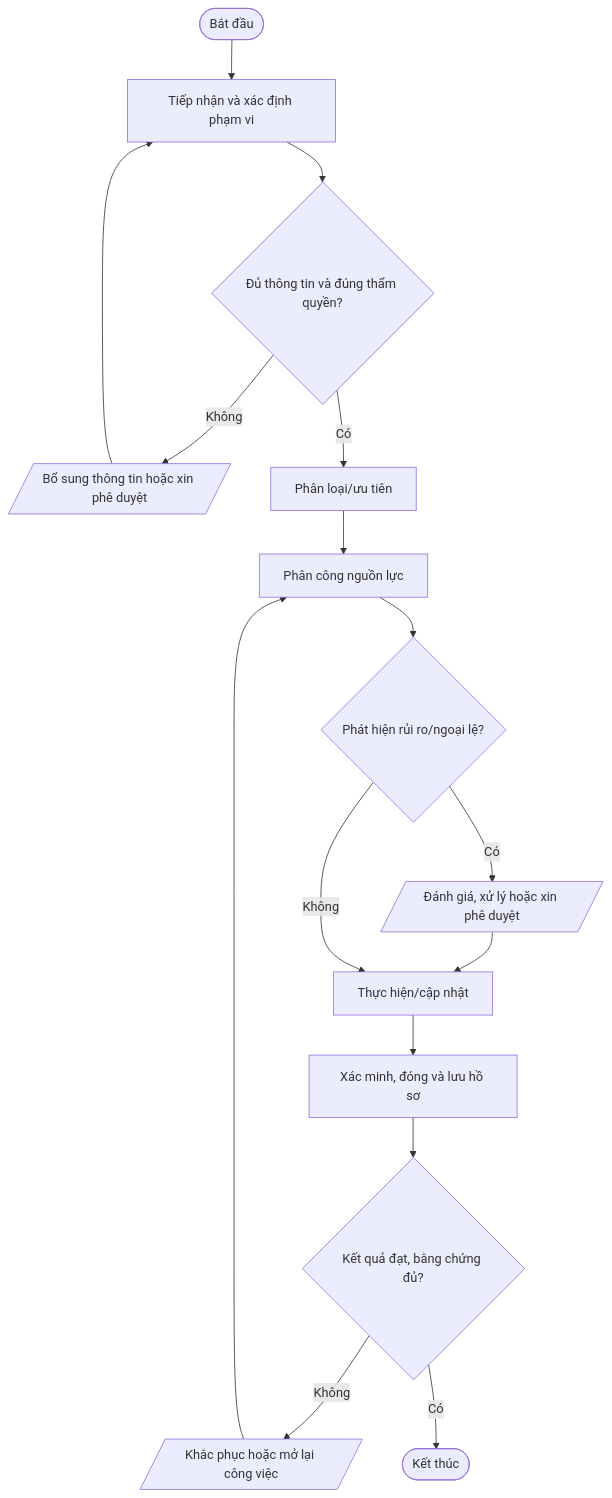
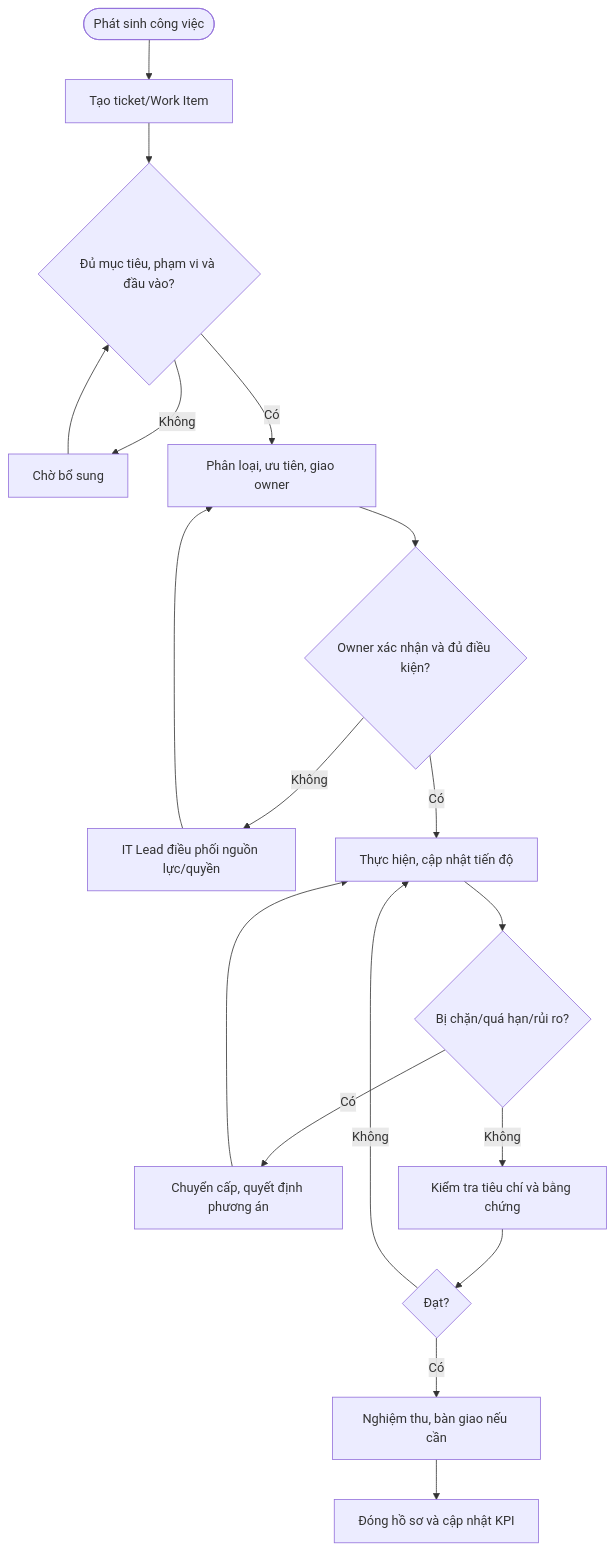
Before and after one commit to daoaigiangnam/Quy_Trinh_Chuan: the diagram in quy-trinh/chi-tiet/QT-IT-09.md, drawn with Mermaid. The commit also changed other lines of this file, not shown here.

Commit message:
Cập nhật nội dung chi tiết QT-IT-09.md lên main

````diff
--- a/quy-trinh/chi-tiet/QT-IT-09.md
+++ b/quy-trinh/chi-tiet/QT-IT-09.md
@@ -31,18 +138,20 @@
 ```mermaid
 flowchart TD
-  A([Bắt đầu]) --> S1["Tiếp nhận và xác định phạm vi"]
-  S1 --> D1{"Đủ thông tin và đúng thẩm quyền?"}
-  D1 -- Không --> F1[/"Bổ sung thông tin hoặc xin phê duyệt"/]
-  F1 --> S1
-  D1 -- Có --> S2["Phân loại/ưu tiên"]
-  S2 --> S3["Phân công nguồn lực"]
-  S3 --> D2{"Phát hiện rủi ro/ngoại lệ?"}
-  D2 -- Có --> RISK[/"Đánh giá, xử lý hoặc xin phê duyệt"/]
-  RISK --> S4["Thực hiện/cập nhật"]
-  D2 -- Không --> S4
-  S4 --> S5["Xác minh, đóng và lưu hồ sơ"]
-  S5 --> D3{"Kết quả đạt, bằng chứng đủ?"}
-  D3 -- Không --> R[/"Khắc phục hoặc mở lại công việc"/]
-  R --> S3
-  D3 -- Có --> Z([Kết thúc])
+ A([Phát sinh công việc]) --> B[Tạo ticket/Work Item]
+ B --> C{Đủ mục tiêu, phạm vi và đầu vào?}
+ C -- Không --> D[Chờ bổ sung]
+ D --> C
+ C -- Có --> E[Phân loại, ưu tiên, giao owner]
+ E --> F{Owner xác nhận và đủ điều kiện?}
+ F -- Không --> G[IT Lead điều phối nguồn lực/quyền]
+ G --> E
+ F -- Có --> H[Thực hiện, cập nhật tiến độ]
+ H --> I{Bị chặn/quá hạn/rủi ro?}
+ I -- Có --> J[Chuyển cấp, quyết định phương án]
+ J --> H
+ I -- Không --> K[Kiểm tra tiêu chí và bằng chứng]
+ K --> L{Đạt?}
+ L -- Không --> H
+ L -- Có --> M[Nghiệm thu, bàn giao nếu cần]
+ M --> N[Đóng hồ sơ và cập nhật KPI]
 ```
````
